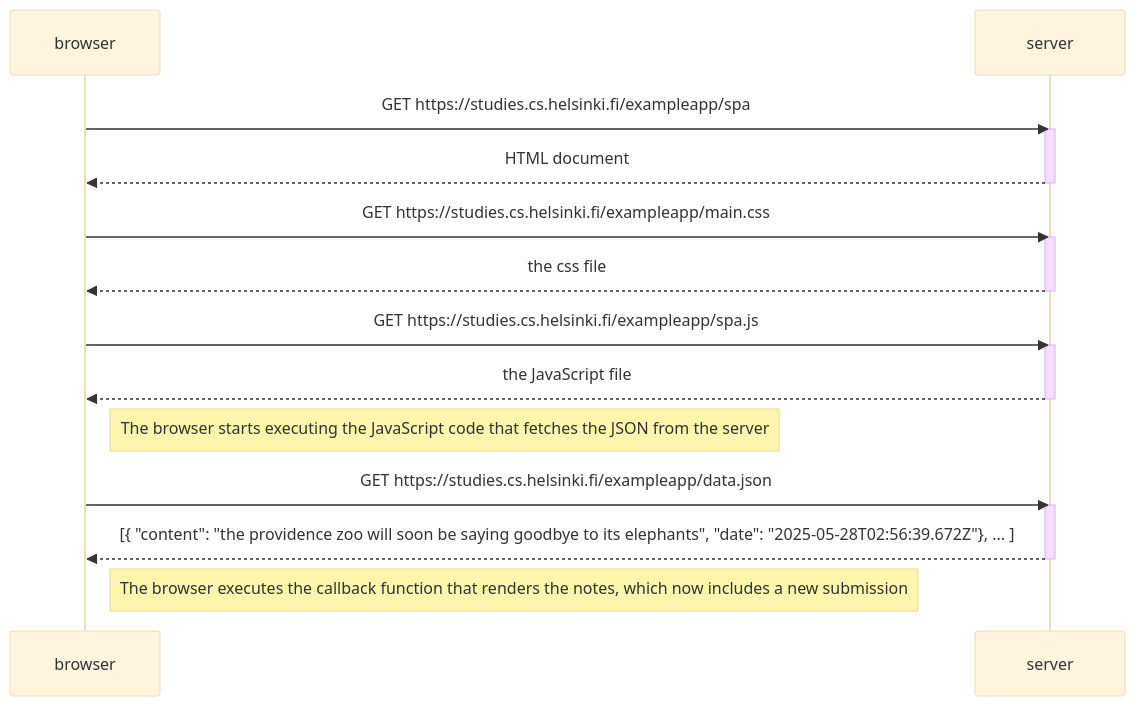
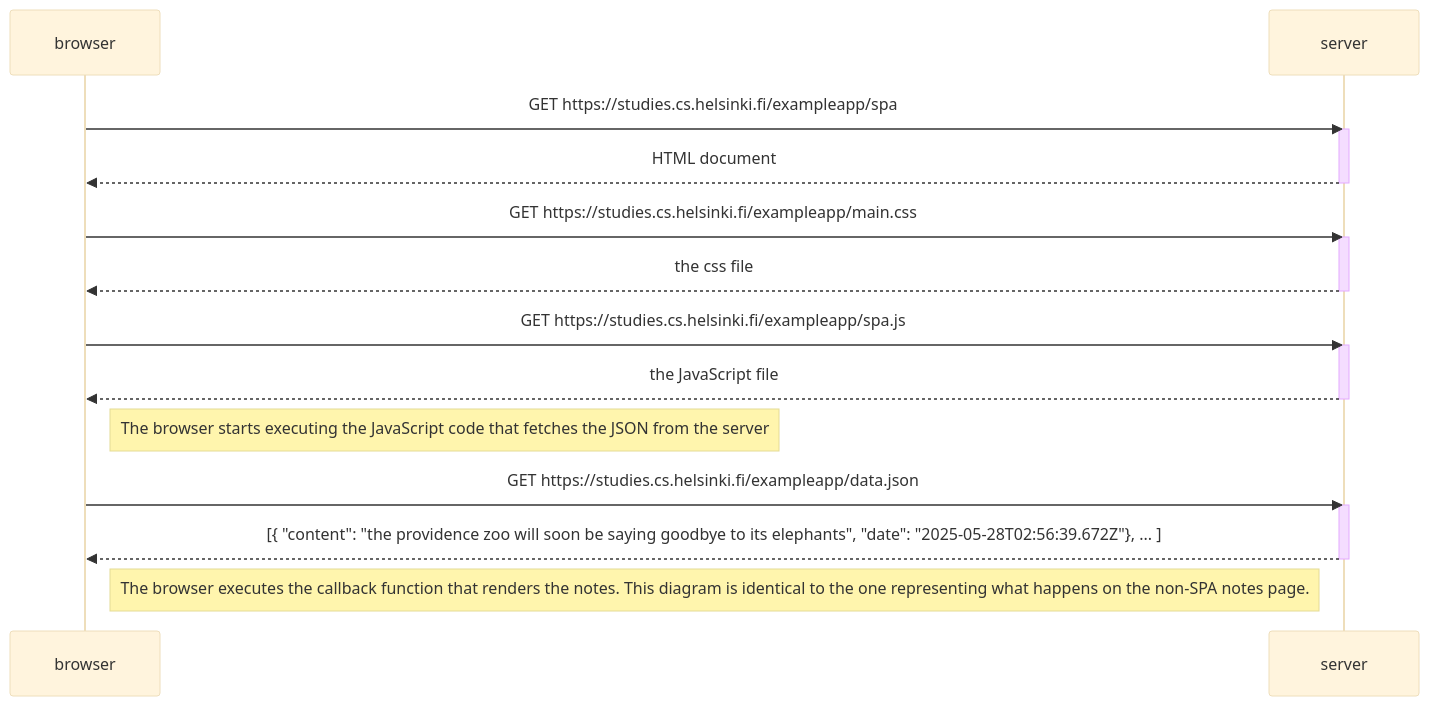
Before and after one commit to qsg99/fullstacksummer2025_exercises: the diagram in part0exercises/05SinglePageAppDiagram.md, drawn with Mermaid (base theme).

````diff
--- a/part0exercises/05SinglePageAppDiagram.md
+++ b/part0exercises/05SinglePageAppDiagram.md
@@ -1,30 +1,30 @@
 ```mermaid
 sequenceDiagram
     participant browser
     participant server
 
 
     browser->>server: GET https://studies.cs.helsinki.fi/exampleapp/spa
     activate server
     server-->>browser: HTML document
     deactivate server
 
     browser->>server: GET https://studies.cs.helsinki.fi/exampleapp/main.css
     activate server
     server-->>browser: the css file
     deactivate server
 
     browser->>server: GET https://studies.cs.helsinki.fi/exampleapp/spa.js
     activate server
     server-->>browser: the JavaScript file
     deactivate server
 
     Note right of browser: The browser starts executing the JavaScript code that fetches the JSON from the server
 
     browser->>server: GET https://studies.cs.helsinki.fi/exampleapp/data.json
     activate server
     server-->>browser: [{ "content": "the providence zoo will soon be saying goodbye to its elephants", "date": "2025-05-28T02:56:39.672Z"}, ... ]
     deactivate server
 
-    Note right of browser: The browser executes the callback function that renders the notes, which now includes a new submission
+    Note right of browser: The browser executes the callback function that renders the notes. This diagram is identical to the one representing what happens on the non-SPA notes page.
 ```
````
